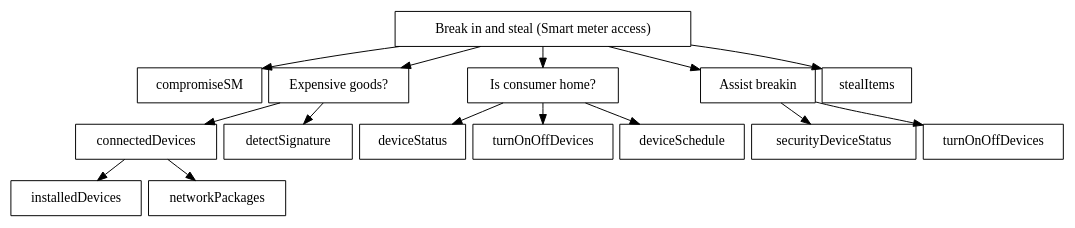
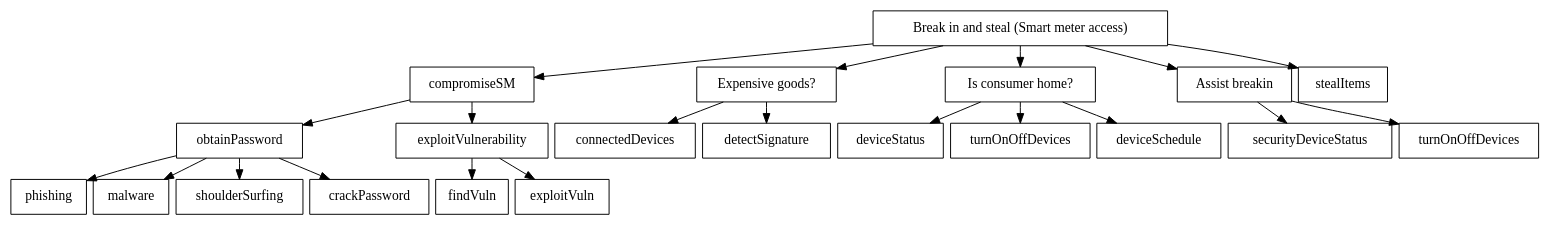
Before and after one commit to des904e15/report: the diagram in figures/graphviz/burglarSM.dot, drawn with Graphviz. The commit also changed 15 other files, not shown here.

```diff
--- a/figures/graphviz/burglarSM.dot
+++ b/figures/graphviz/burglarSM.dot
@@ -1,32 +1,44 @@
 digraph G {
 
  graph[ center=true, margin=0.2, nodesep=0.1, ranksep=0.3]
  node[ shape=rectangle]
 
 root [label="Break in and steal (Smart meter access)", shape=AND];
 compromiseSM;
 goodstuff [label="Expensive goods?",shape=OR];
 atHome [label="Is consumer home?",shape=OR];
 breakIn [label="Break in"];
 
 root -> compromiseSM;
 
+obtainPassword[shape=OR];
+compromiseSM[shape=OR];
+compromiseSM -> obtainPassword;
+obtainPassword -> phishing;
+obtainPassword -> malware;
+obtainPassword -> shoulderSurfing;
+obtainPassword -> crackPassword;
+
+exploitVulnerability[shape=AND];
+compromiseSM -> exploitVulnerability;
+exploitVulnerability -> findVuln;
+exploitVulnerability -> exploitVuln;
+
+
 root -> goodstuff;
-connectedDevices[shape=OR];
+connectedDevices;
 goodstuff->connectedDevices;
-connectedDevices->installedDevices
-connectedDevices->networkPackages
 goodstuff->detectSignature;
 
 root -> atHome;
 atHome -> deviceStatus;
 atHome -> turnOnOffDevices;
 atHome -> deviceSchedule;
 
 breakIn[shape=OR, label="Assist breakin"]
 root ->	breakIn;
 breakIn -> securityDeviceStatus;
 root -> stealItems;
 turnOnOffDevices2[label="turnOnOffDevices"];
 breakIn -> turnOnOffDevices2;
 }
```
